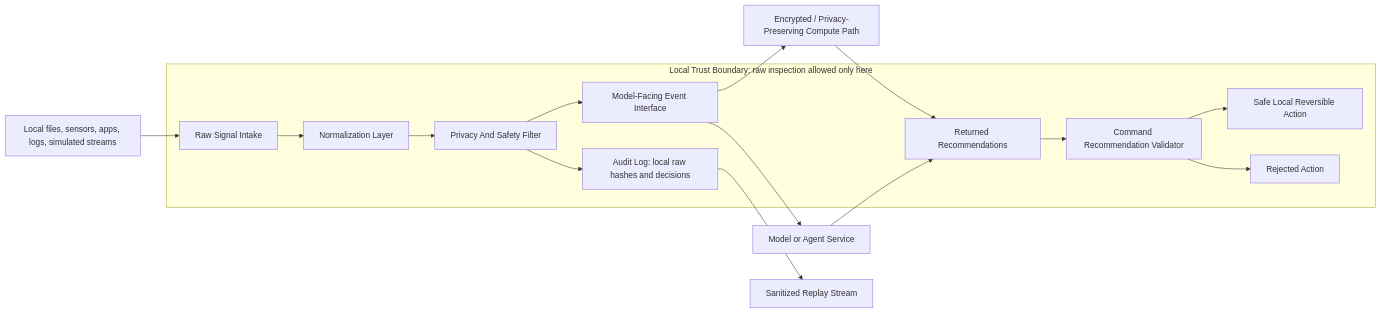
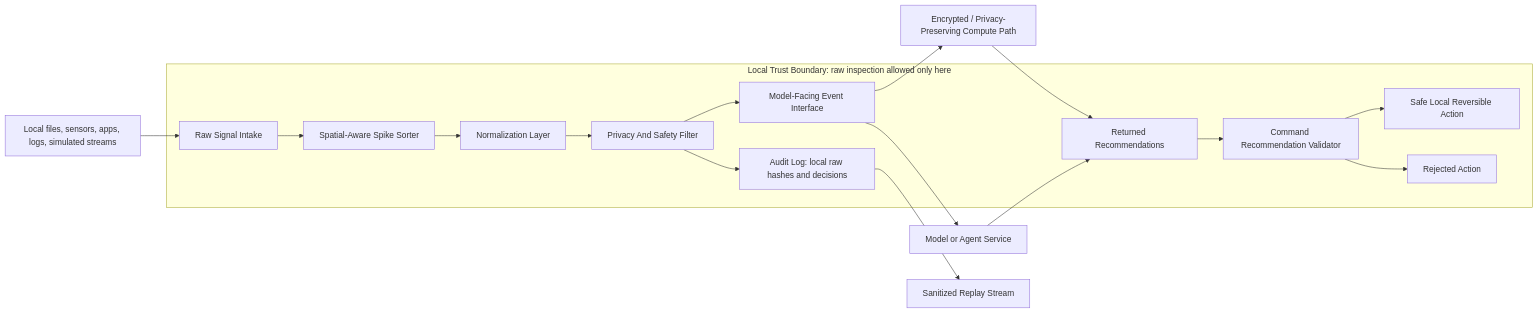
The diagram in 09-relay-gateway-pattern.md (AlexanderDaly/neurofhe-relay), drawn with Mermaid before and after one commit. The commit also changed other lines of this file and 13 other files, not shown here.

Commit message:
Add spatial sorter representation benchmark

````diff
--- a/09-relay-gateway-pattern.md
+++ b/09-relay-gateway-pattern.md
@@ -33,20 +34,21 @@
 ```mermaid
 flowchart LR
   S["Local files, sensors, apps, logs, simulated streams"] --> I["Raw Signal Intake"]
 
   subgraph G["Local Trust Boundary: raw inspection allowed only here"]
-    I --> N["Normalization Layer"]
+    I --> SRT["Spatial-Aware Spike Sorter"]
+    SRT --> N["Normalization Layer"]
     N --> P["Privacy And Safety Filter"]
     P --> E["Model-Facing Event Interface"]
     P --> A["Audit Log: local raw hashes and decisions"]
     R["Returned Recommendations"] --> C["Command Recommendation Validator"]
     C --> L["Safe Local Reversible Action"]
     C --> X["Rejected Action"]
   end
 
   E --> F["Encrypted / Privacy-Preserving Compute Path"]
   E --> M["Model or Agent Service"]
   F --> R
   M --> R
   A --> Q["Sanitized Replay Stream"]
 ```
````
